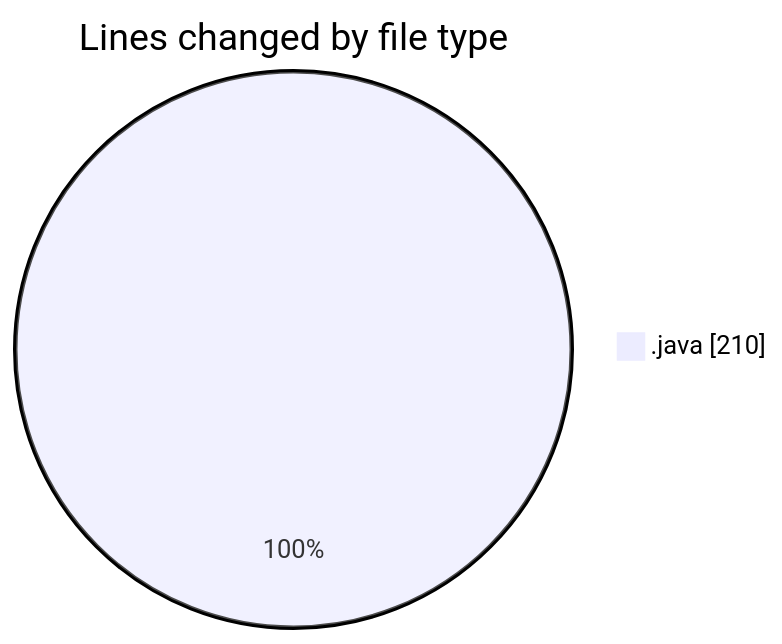
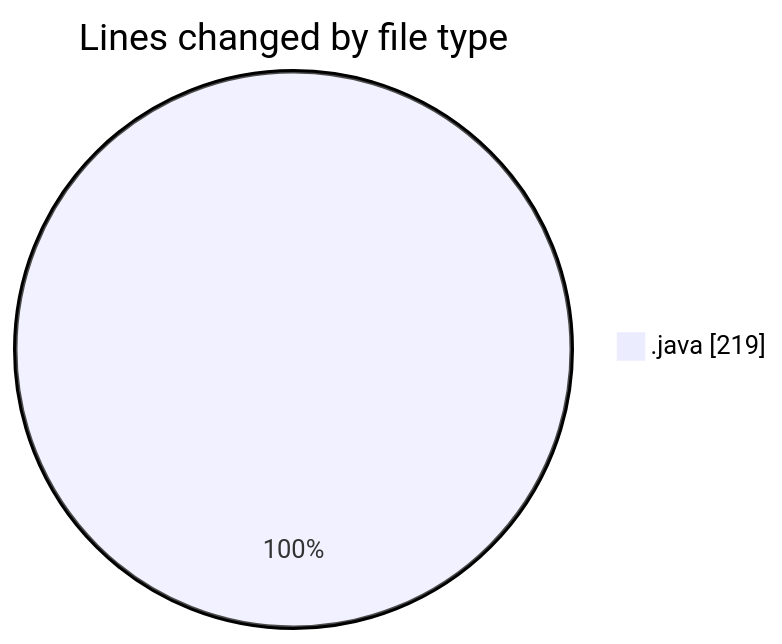
Before and after one commit to NitaiMahat/code-tracking: the first of 2 diagrams in 2025-03-25/startfiles/README.md, drawn with Mermaid. The commit also changed other lines of this file and 1 other file, not shown here.

````diff
--- a/2025-03-25/startfiles/README.md
+++ b/2025-03-25/startfiles/README.md
@@ -21,5 +21,5 @@
 ```mermaid
 pie showData
 title Lines changed by file type
-".java" : 210
+".java" : 219
 ```
````
